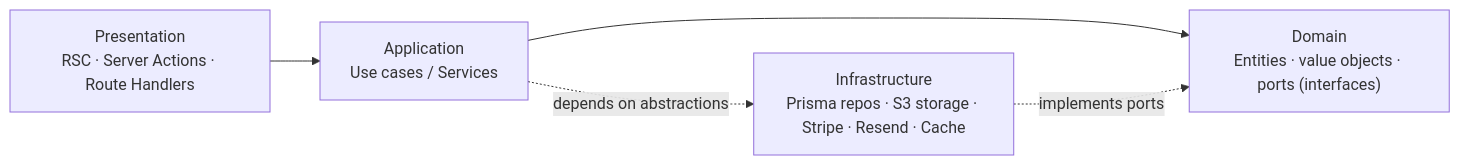
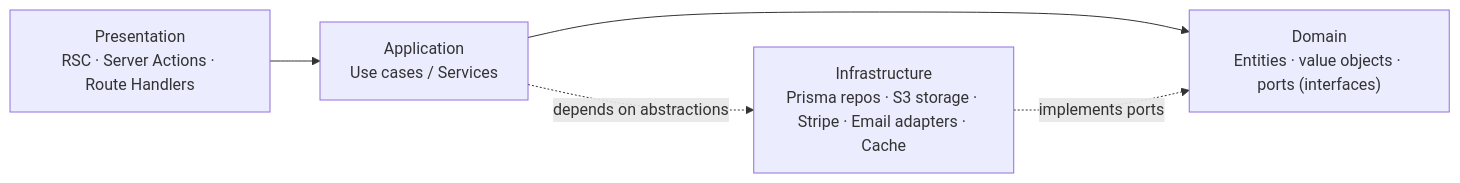
The second of 2 diagrams in specs/architecture.md (sriahead/aheed-online-store), drawn with Mermaid before and after one commit. The commit also changed other lines of this file and 6 other files, not shown here.

First line of the commit message:
docs(#1217): email setup runbook, Client Setup guide, architecture and ADR-004 notes

````diff
--- a/specs/architecture.md
+++ b/specs/architecture.md
@@ -131,7 +132,7 @@
 ```mermaid
 flowchart LR
     P["Presentation<br/>RSC · Server Actions · Route Handlers"] --> A["Application<br/>Use cases / Services"]
     A --> D["Domain<br/>Entities · value objects · ports (interfaces)"]
-    A -. depends on abstractions .-> I["Infrastructure<br/>Prisma repos · S3 storage · Stripe · Resend · Cache"]
+    A -. depends on abstractions .-> I["Infrastructure<br/>Prisma repos · S3 storage · Stripe · Email adapters · Cache"]
     I -. implements ports .-> D
 ```
````
